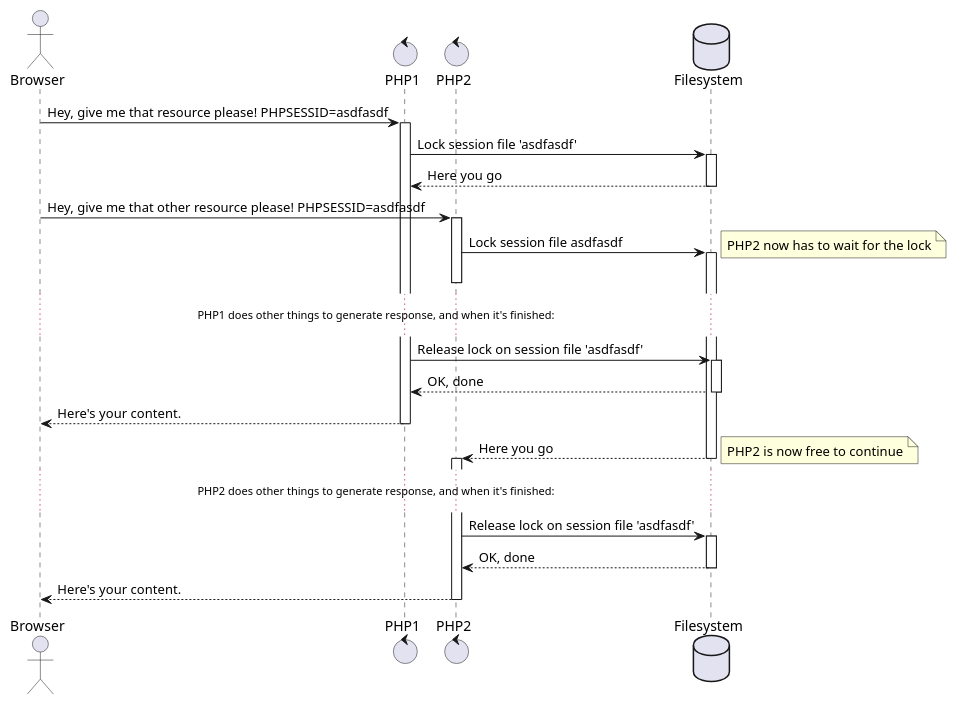
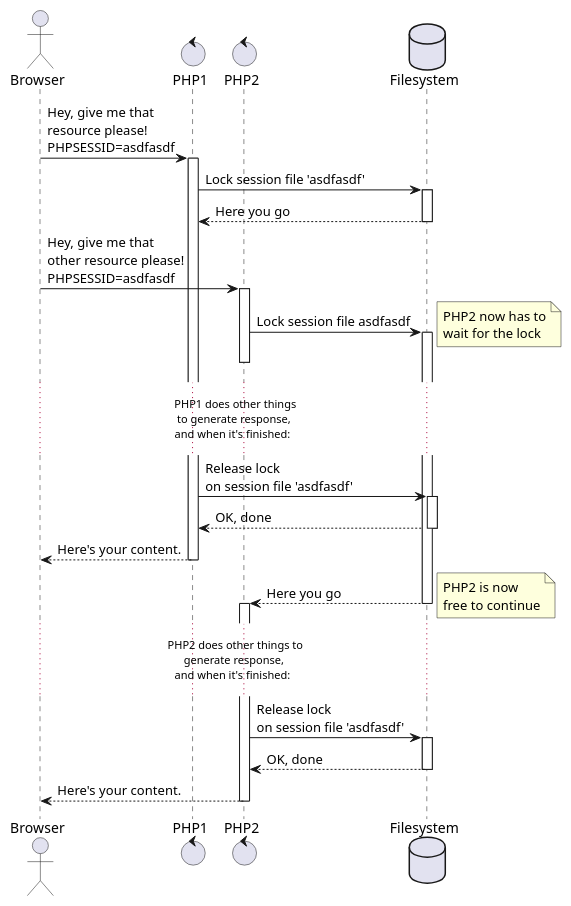
The third of 4 diagrams in _posts/2018-01-25-stop-using-php-sessions.md (Moniter123/build-cdn), drawn with PlantUML before and after one commit. The commit also changed other lines of this file and 25 other files, not shown here.

```diff
--- a/_posts/2018-01-25-stop-using-php-sessions.md
+++ b/_posts/2018-01-25-stop-using-php-sessions.md
@@ -154,36 +154,36 @@
 @startuml
 actor Browser
 control PHP1
 control PHP2
 database Filesystem
-Browser -> PHP1: Hey, give me that resource please! PHPSESSID=asdfasdf
+Browser -> PHP1: Hey, give me that\nresource please!\nPHPSESSID=asdfasdf
 Activate PHP1
 PHP1 -> Filesystem: Lock session file 'asdfasdf'
 Activate Filesystem
 PHP1 <-- Filesystem: Here you go
 Deactivate Filesystem
-Browser -> PHP2: Hey, give me that other resource please! PHPSESSID=asdfasdf
+Browser -> PHP2: Hey, give me that\nother resource please!\nPHPSESSID=asdfasdf
 Activate PHP2
 PHP2 -> Filesystem: Lock session file asdfasdf
-note right: PHP2 now has to wait for the lock
+note right: PHP2 now has to\nwait for the lock
 Activate Filesystem
 Deactivate PHP2
-... PHP1 does other things to generate response, and when it's finished: ...
-PHP1 -> Filesystem: Release lock on session file 'asdfasdf'
+... PHP1 does other things\nto generate response,\nand when it's finished: ...
+PHP1 -> Filesystem: Release lock\non session file 'asdfasdf'
 Activate Filesystem
 PHP1 <-- Filesystem: OK, done
 Deactivate Filesystem
 Browser <-- PHP1: Here's your content.
 Deactivate PHP1
 PHP2 <-- Filesystem: Here you go
-note right: PHP2 is now free to continue
+note right: PHP2 is now\nfree to continue
 Deactivate Filesystem
 Activate PHP2
-... PHP2 does other things to generate response, and when it's finished: ...
-PHP2 -> Filesystem: Release lock on session file 'asdfasdf'
+... PHP2 does other things to\ngenerate response,\nand when it's finished: ...
+PHP2 -> Filesystem: Release lock\non session file 'asdfasdf'
 Activate Filesystem
 PHP2 <-- Filesystem: OK, done
 Deactivate Filesystem
 Browser <-- PHP2: Here's your content.
 Deactivate PHP2
 @enduml
```
